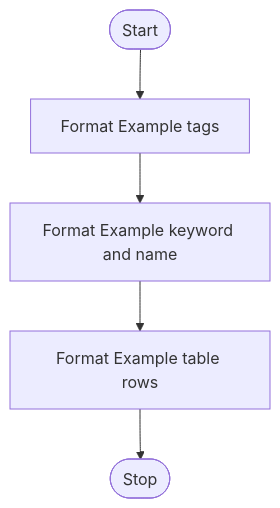
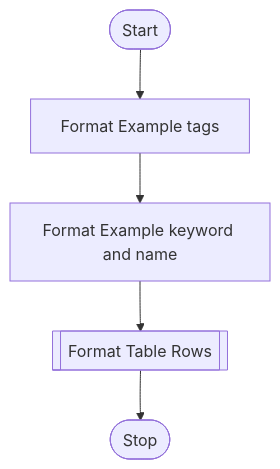
Diagram 12 of 15 in src/mermaid.md (gherking/gherking-docs), drawn with Mermaid before and after one commit. The commit also changed other lines of this file, not shown here.

````diff
--- a/src/mermaid.md
+++ b/src/mermaid.md
@@ -145,8 +145,8 @@
 ```mermaid
 graph TD
 start([Start])
 --> tags[Format Example tags]
 --> keywordAndName[Format Example keyword and name]
---> formatDataTableRows[Format Example table rows]
+--> formatDataTableRows[[Format Table Rows]]
 --> stop([Stop])
 ```
````
